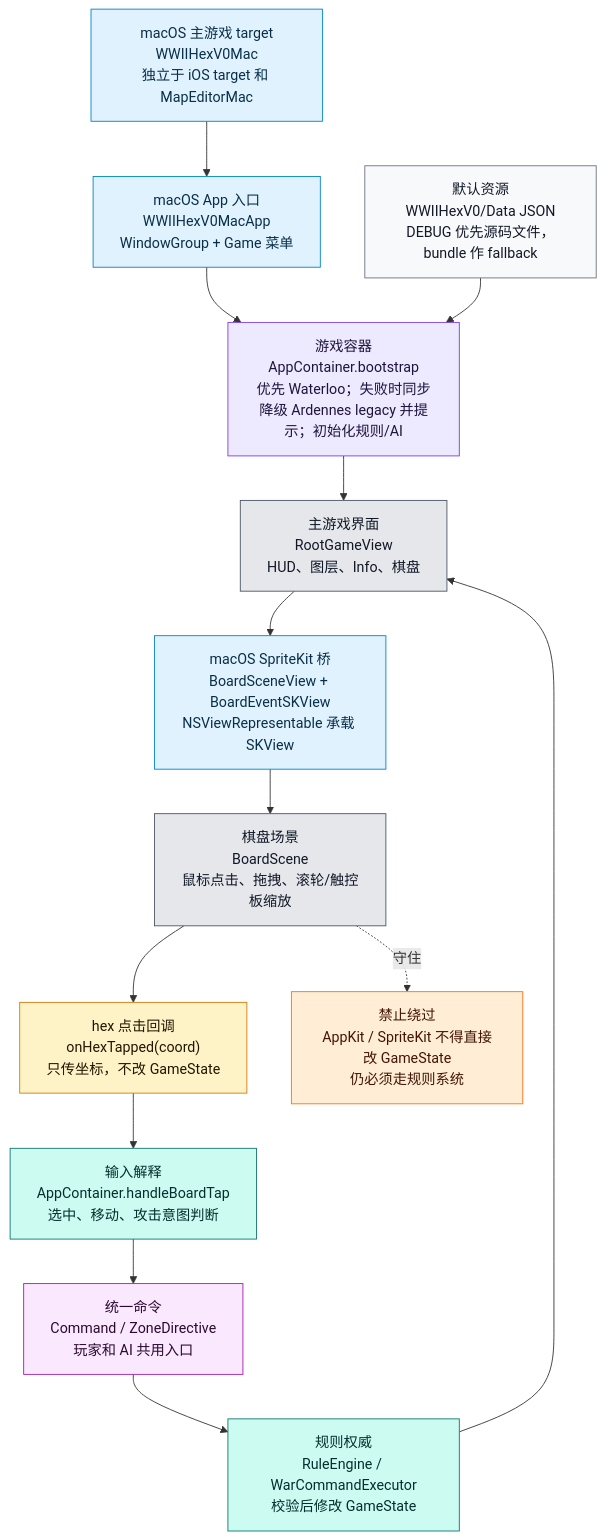
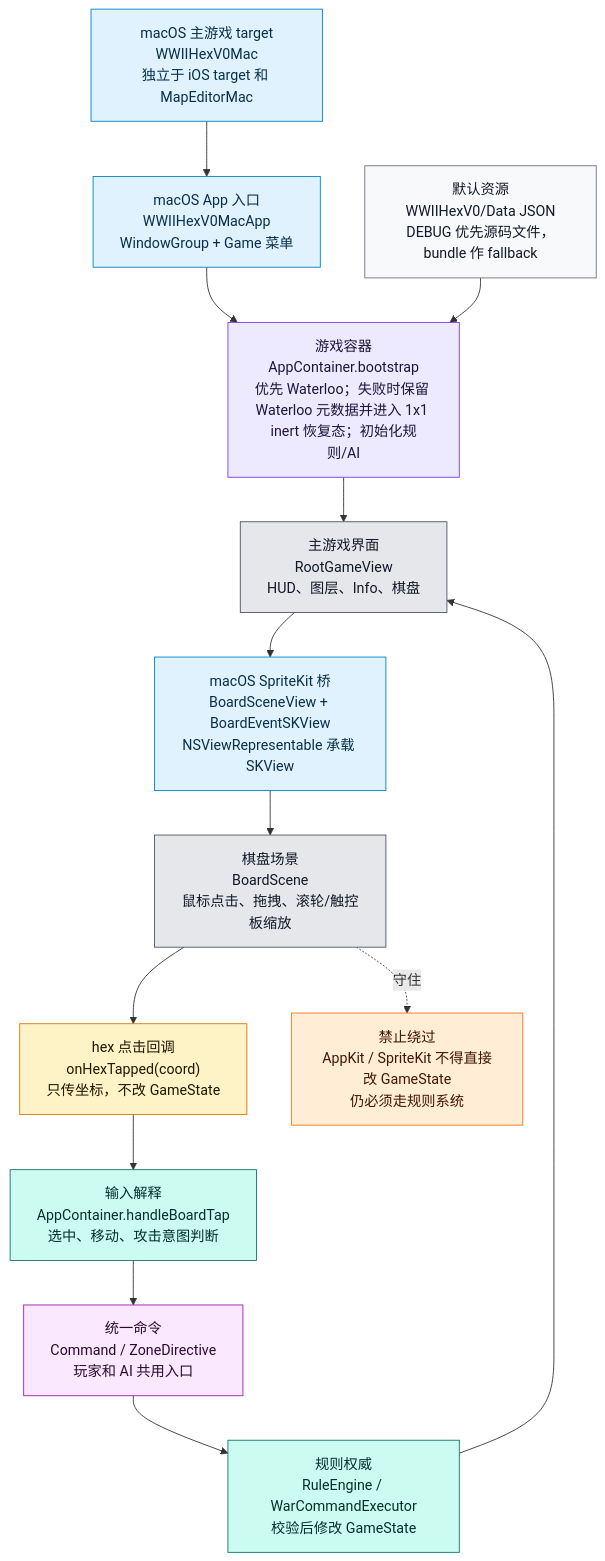
The seventh of 9 diagrams in md/flow/flowchart.md (Altman-sam114/122), drawn with Mermaid before and after one commit. The commit also changed 12 other files, not shown here.

Commit message:
Tighten Waterloo legacy display guards

````diff
--- a/md/flow/flowchart.md
+++ b/md/flow/flowchart.md
@@ -395,30 +395,30 @@
 ```mermaid
 flowchart TD
     TARGET["macOS 主游戏 target<br/>WWIIHexV0Mac<br/>独立于 iOS target 和 MapEditorMac"]:::platform
     APP["macOS App 入口<br/>WWIIHexV0MacApp<br/>WindowGroup + Game 菜单"]:::platform
-    BOOT["游戏容器<br/>AppContainer.bootstrap<br/>优先 Waterloo；失败时同步降级 Ardennes legacy 并提示；初始化规则/AI"]:::state
+    BOOT["游戏容器<br/>AppContainer.bootstrap<br/>优先 Waterloo；失败时保留 Waterloo 元数据并进入 1x1 inert 恢复态；初始化规则/AI"]:::state
     ROOT["主游戏界面<br/>RootGameView<br/>HUD、图层、Info、棋盘"]:::ui
     BRIDGE["macOS SpriteKit 桥<br/>BoardSceneView + BoardEventSKView<br/>NSViewRepresentable 承载 SKView"]:::platform
     SCENE["棋盘场景<br/>BoardScene<br/>鼠标点击、拖拽、滚轮/触控板缩放"]:::ui
     TAP["hex 点击回调<br/>onHexTapped(coord)<br/>只传坐标，不改 GameState"]:::input
     CONTAINER["输入解释<br/>AppContainer.handleBoardTap<br/>选中、移动、攻击意图判断"]:::rules
     COMMAND["统一命令<br/>Command / ZoneDirective<br/>玩家和 AI 共用入口"]:::command
     ENGINE["规则权威<br/>RuleEngine / WarCommandExecutor<br/>校验后修改 GameState"]:::rules
     DATA["默认资源<br/>WWIIHexV0/Data JSON<br/>DEBUG 优先源码文件，bundle 作 fallback"]:::data
 
     TARGET --> APP --> BOOT --> ROOT --> BRIDGE --> SCENE --> TAP --> CONTAINER --> COMMAND --> ENGINE
     DATA --> BOOT
     ENGINE --> ROOT
 
     WARN["禁止绕过<br/>AppKit / SpriteKit 不得直接改 GameState<br/>仍必须走规则系统"]:::warn
     SCENE -.守住.-> WARN
 
     classDef platform fill:#e0f2fe,stroke:#0284c7,color:#082f49
     classDef state fill:#ede9fe,stroke:#7c3aed,color:#1f143d
     classDef ui fill:#e5e7eb,stroke:#4b5563,color:#111827
     classDef input fill:#fef3c7,stroke:#d97706,color:#1f1600
     classDef command fill:#fae8ff,stroke:#a21caf,color:#2a0a2f
     classDef rules fill:#ccfbf1,stroke:#0f766e,color:#042f2e
     classDef data fill:#f8f9fb,stroke:#6b7280,color:#111827
     classDef warn fill:#ffedd5,stroke:#f97316,color:#431407
 ```
````
